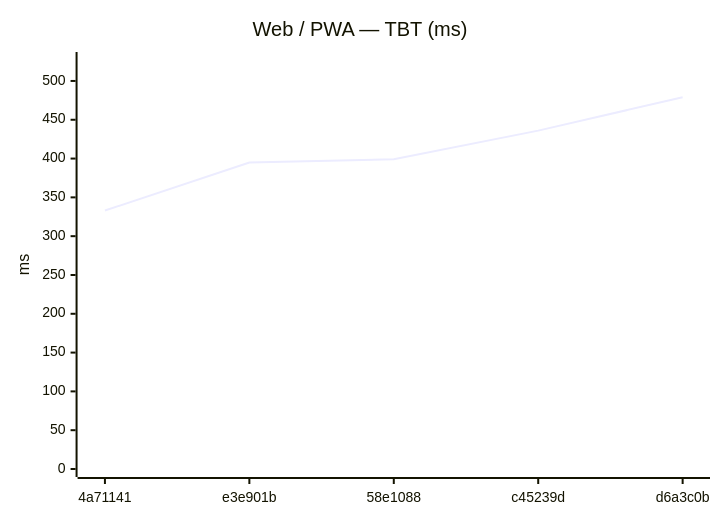
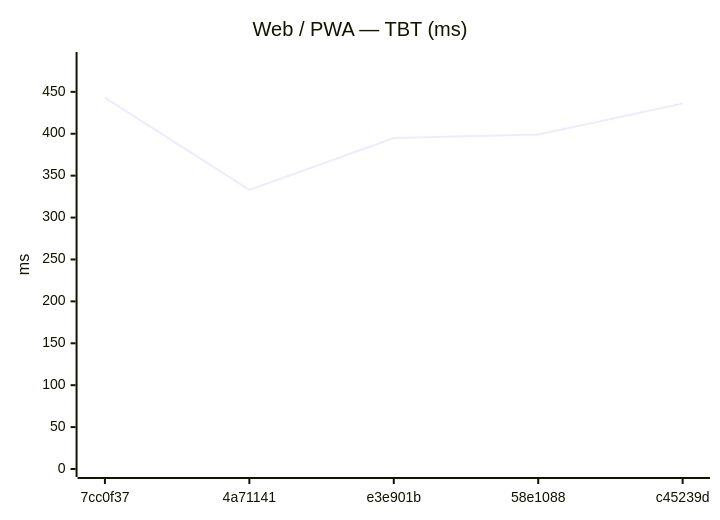
One commit to Metaheurist/Rianell changed the eighth of 18 diagrams in benchmarks/compare.md. Above: the diagram before and after it, drawn with Mermaid. The commit also changed other lines of this file and 11 other files, not shown here.

````diff
--- a/benchmarks/compare.md
+++ b/benchmarks/compare.md
@@ -124,7 +124,7 @@
 ```mermaid
 xychart-beta
     title "Web / PWA — TBT (ms)"
-    x-axis ["4a71141", "e3e901b", "58e1088", "c45239d", "d6a3c0b"]
-    y-axis "ms" 0 --> 527
-    line [333, 395, 399, 436, 479]
+    x-axis ["7cc0f37", "4a71141", "e3e901b", "58e1088", "c45239d"]
+    y-axis "ms" 0 --> 488
+    line [443, 333, 395, 399, 436]
 ```
````
